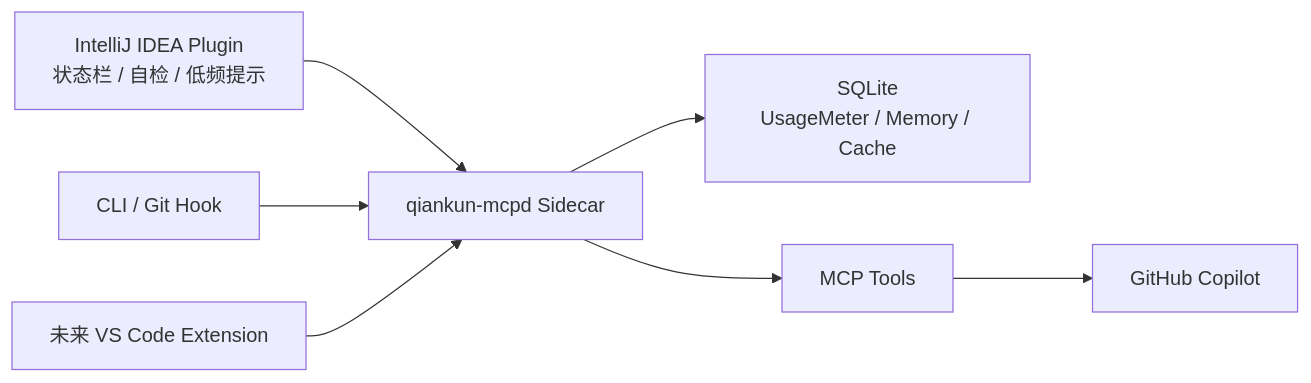
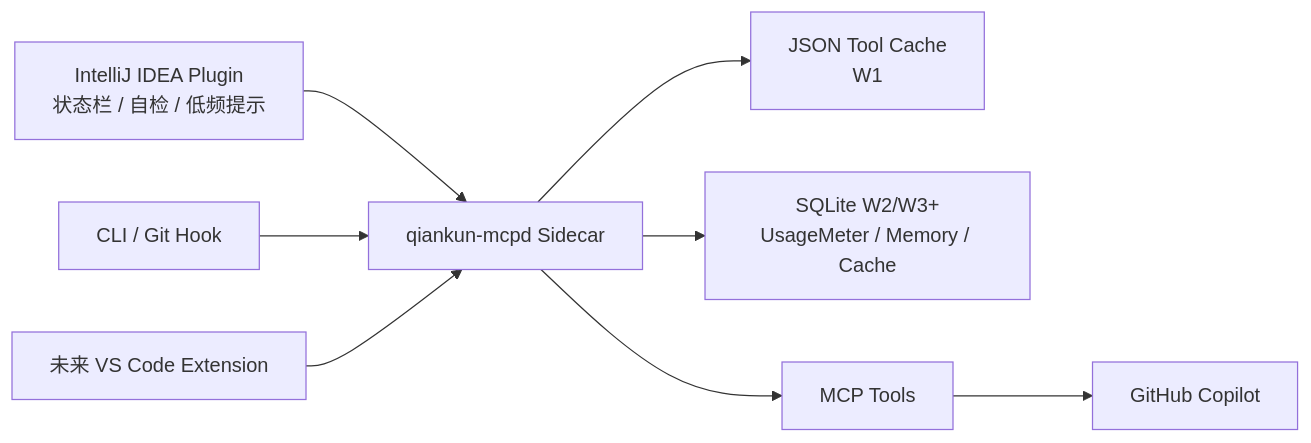
The diagram in README.md (xiaoboxuezhangora/QianKun), drawn with Mermaid before and after one commit. The commit also changed other lines of this file and 13 other files, not shown here.

````diff
--- a/README.md
+++ b/README.md
@@ -45,9 +45,10 @@
 ```mermaid
 flowchart LR
   IDEA["IntelliJ IDEA Plugin\n状态栏 / 自检 / 低频提示"] --> SC["qiankun-mcpd Sidecar"]
   CLI["CLI / Git Hook"] --> SC
   VS["未来 VS Code Extension"] --> SC
-  SC --> DB["SQLite\nUsageMeter / Memory / Cache"]
+  SC --> TC["JSON Tool Cache\nW1"]
+  SC --> DB["SQLite W2/W3+\nUsageMeter / Memory / Cache"]
   SC --> MCP["MCP Tools"]
   MCP --> CP["GitHub Copilot"]
 ```
````
